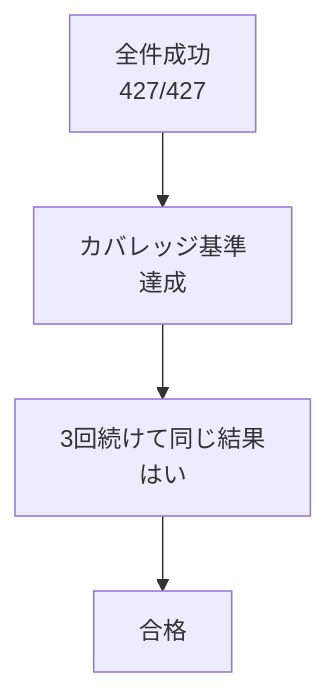
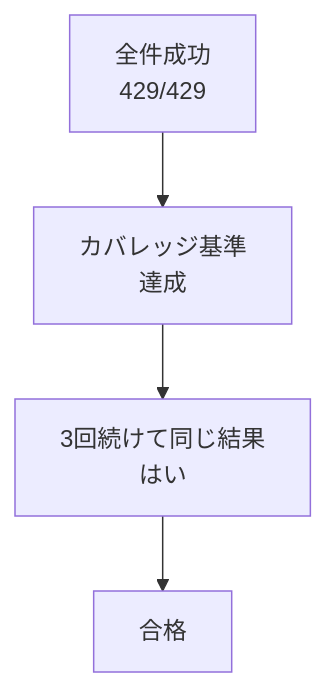
The third of 3 diagrams in documents/モジュールテスト結果報告書_RPG学習アプリ.md (pocarialice/rpglearning), drawn with Mermaid before and after one commit. The commit also changed other lines of this file and 1 other file, not shown here.

````diff
--- a/documents/モジュールテスト結果報告書_RPG学習アプリ.md
+++ b/documents/モジュールテスト結果報告書_RPG学習アプリ.md
@@ -992,6 +994,6 @@
 ```mermaid
 flowchart TD
-  A["全件成功<br>427/427"] --> B["カバレッジ基準<br>達成"]
+  A["全件成功<br>429/429"] --> B["カバレッジ基準<br>達成"]
   B --> C["3回続けて同じ結果<br>はい"]
   C --> D["合格"]
 ```
````
